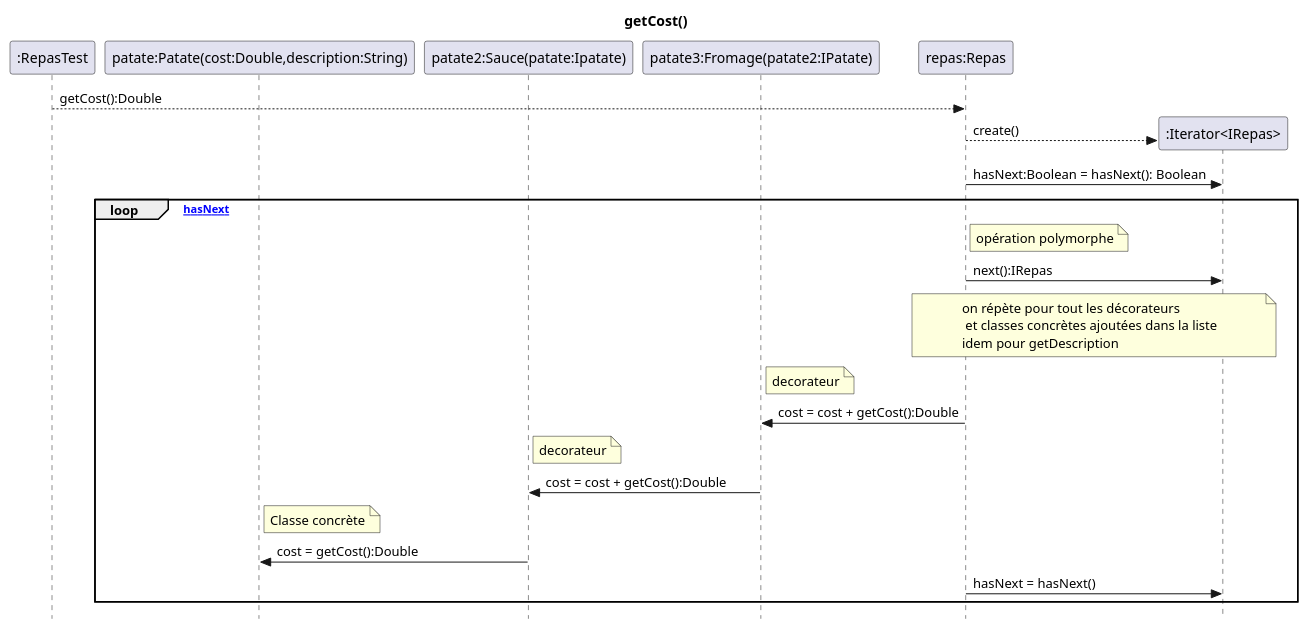
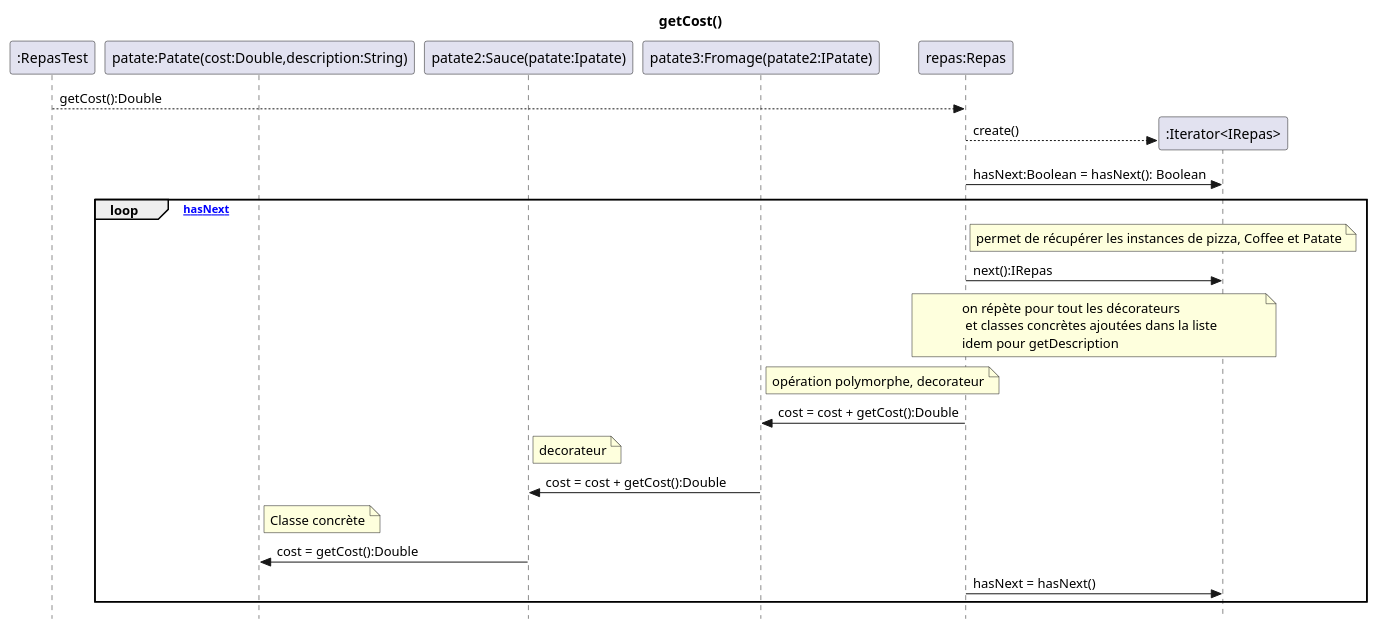
The second of 2 diagrams in readme.puml (yvanross/LOG121-C04-decorateur-solution), drawn with PlantUML before and after one commit. The commit also changed 7 other files, not shown here.

Commit message:
fix bug in generated diagrams

```diff
--- a/readme.puml
+++ b/readme.puml
@@ -42,35 +42,36 @@
 @startuml DS-getCost
 title getCost()
 skinparam style strictuml
 participant ":RepasTest" as rt 
 'participant "pizza:ThreeCheesePizza" as pizza
 'participant "pizza2:Mozzarella(pizza:IPizza)" as pizza2
 'participant "coffee:SimpleCoffee(cost:Double, description:String)" as coffee
 'participant "coffee2:WithMilk(coffee:ICoffe)" as coffee2
 participant "patate:Patate(cost:Double,description:String)" as patate
 participant "patate2:Sauce(patate:Ipatate)" as patate2
 participant "patate3:Fromage(patate2:IPatate)" as patate3
 'participant "pizzaR:ThreeCheesePizza(cost:Double, description:String)" as pizzaR
 'participant "coffeeR:SimpleCoffee(cost:Double, description:String)" as coffeeR
 'participant "patateR:Patate(cost:Double, description:String)" as patateR
 participant "repas:Repas" as repas
 participant ":Iterator<IRepas>" as it      
 
 rt-->repas:getCost():Double
 repas --> it**:create() 
 repas -> it: hasNext:Boolean = hasNext(): Boolean
 loop [hasNext]
-note right of repas: opération polymorphe
+note right of repas: permet de récupérer les instances de pizza, Coffee et Patate
 repas -> it: next():IRepas
+
 note over repas,it: on répète pour tout les décorateurs\n et classes concrètes ajoutées dans la liste\nidem pour getDescription
-note right of patate3: decorateur
+note right of patate3: opération polymorphe, decorateur
 repas -> patate3: cost = cost + getCost():Double
 note right of patate2: decorateur
 patate3 -> patate2: cost = cost + getCost():Double
 note right of patate: Classe concrète
 patate2 -> patate: cost = getCost():Double
 repas -> it: hasNext = hasNext()
 
 
 end
 @enduml
```
